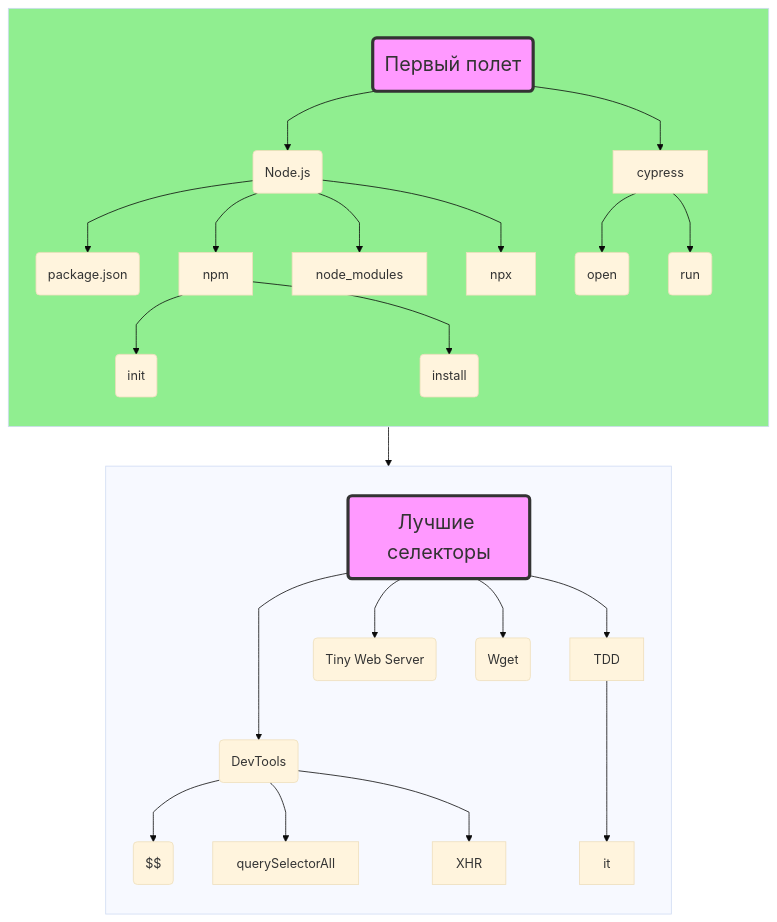
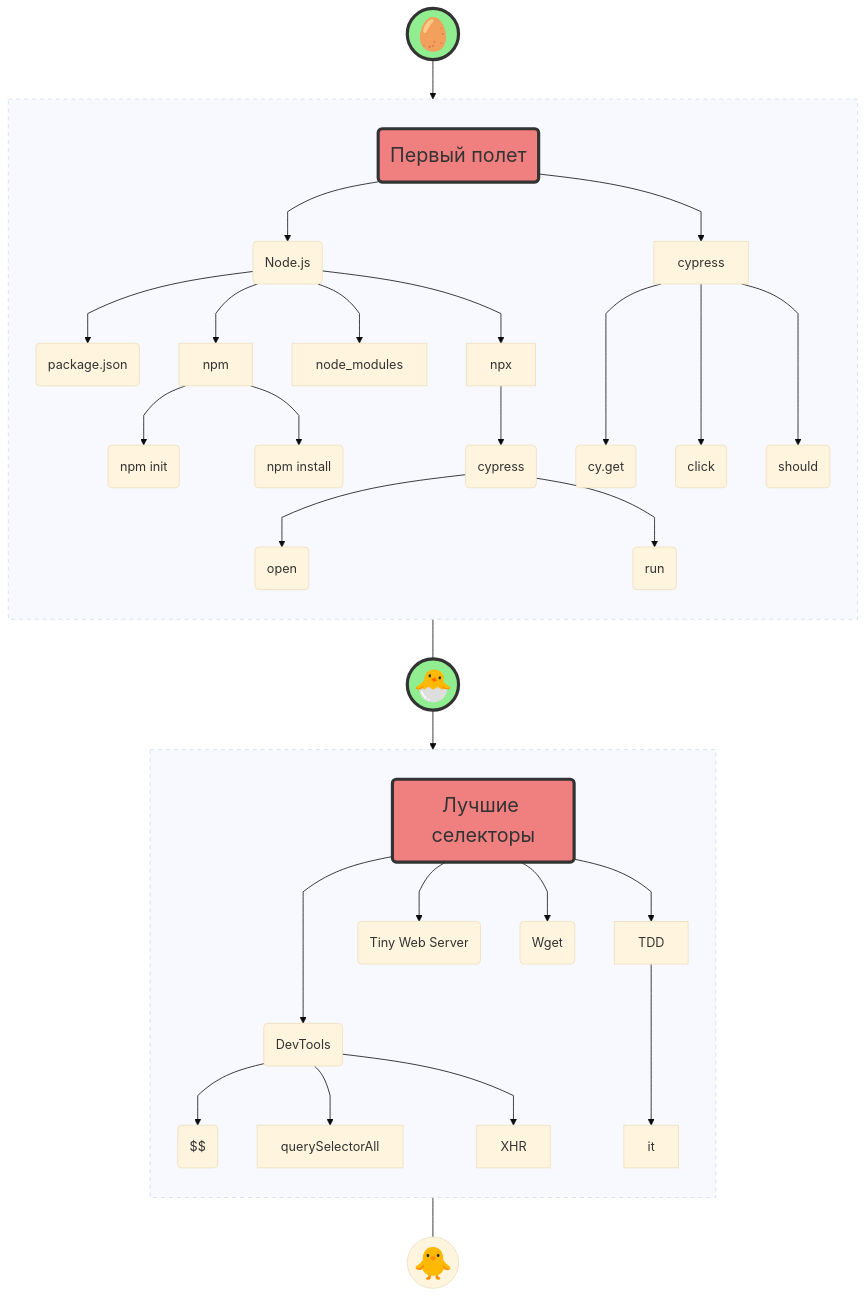
One commit to open-tutorials/cypress changed the diagram in README.md. Above: the diagram before and after it, drawn with Mermaid (base theme). The commit also changed other lines of this file and 1 other file, not shown here.

Commit message:
Update syllabus

````diff
--- a/README.md
+++ b/README.md
@@ -45,37 +49,49 @@
 ```mermaid
 %%{ init: { 'flowchart': { 'curve': 'monotoneX' } } }%%
 flowchart TB
+  start(("<span style='font-size:40px'>🥚</span>"))
   subgraph g_cypress_test_flight [ ]
     direction TB
     node_js(Node.js) --> package_json(package.json)
     node_js --> npm
-    npm --> npm_init(init)
-    npm --> npm_install(install)
+    npm --> npm_init(npm init)
+    npm --> npm_install(npm install)
     node_js --> node_modules
     node_js --> npx
-    cypress --> cypress_open(open)
-    cypress --> cypress_run(run)
+    cypress_npx(cypress) --> cypress_open(open)
+    cypress_npx --> cypress_run(run)
     cypress_test_flight(<span style='font-size:25px'>Первый полет</span>)
     cypress_test_flight --> node_js
+    npx --> cypress_npx
     cypress_test_flight --> cypress
+    cypress ---> cy_get("cy.get")
+    cypress ---> cy_click("click")
+    cypress ---> cy_should("should")
   end
   subgraph g_best_selectors [ ]
       direction TB
       dev_tools(DevTools) --> $$($$)
       dev_tools --> querySelectorAll
       dev_tools --> XHR
       TDD ---> it
       best_selectors(<span style='font-size:25px'>Лучшие селекторы</span>) ---> dev_tools
       best_selectors --> tiny_web_server(Tiny Web Server)
       best_selectors --> wget(Wget)
       best_selectors --> TDD
   end
-  g_cypress_test_flight --> g_best_selectors
+  start --> g_cypress_test_flight
+  g_cypress_test_flight --- finish_cypress_test_flight(("<span style='font-size:40px'>🐣</span>"))
+  finish_cypress_test_flight --> g_best_selectors
+  g_best_selectors --- finish_best_selectors(("<span style='font-size:40px'>🐥</span>"))
 
-style g_cypress_test_flight fill:lightgreen
-  
-style cypress_test_flight fill:#f9f,stroke:#333,stroke-width:4px
-style best_selectors fill:#f9f,stroke:#333,stroke-width:4px
+style g_cypress_test_flight stroke-dasharray: 5 5
+style g_best_selectors stroke-dasharray: 5 5
+
+style start fill:lightgreen,stroke:#333,stroke-width:4px  
+style cypress_test_flight fill:LightCoral,stroke:#333,stroke-width:4px
+style finish_cypress_test_flight fill:lightgreen,stroke:#333,stroke-width:4px  
+
+style best_selectors fill:LightCoral,stroke:#333,stroke-width:4px
 click cypress_test_flight "https://md.epic1h.com/cypress_test_flight"
 click best_selectors "https://md.epic1h.com/best_selectors"
 ```
````
